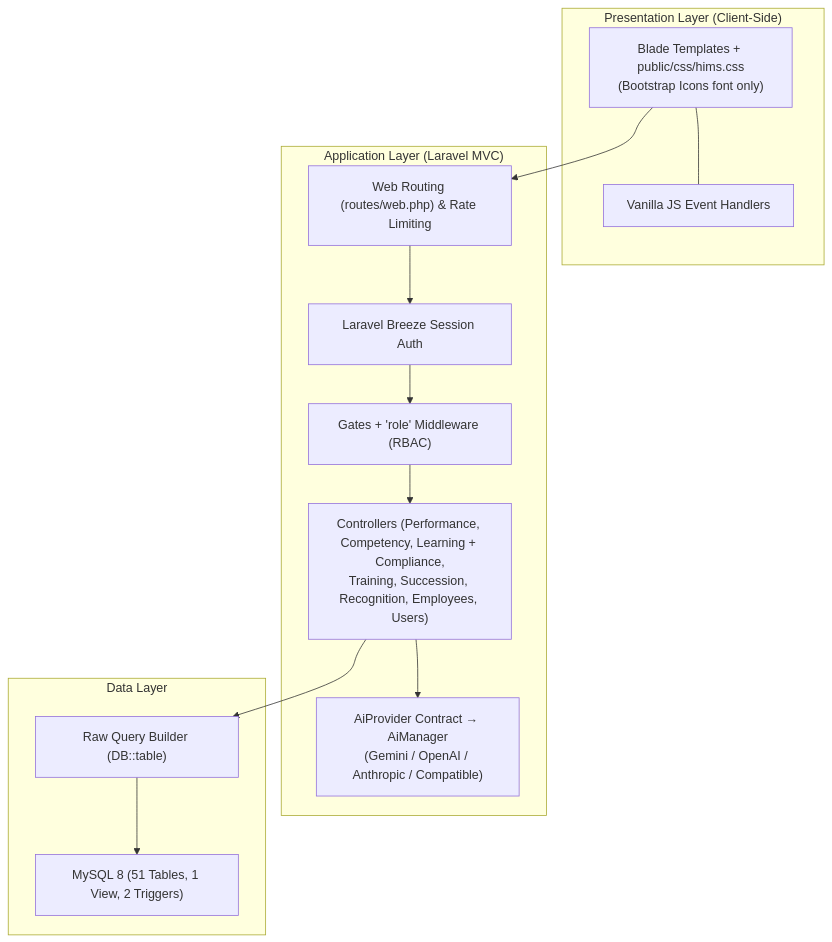
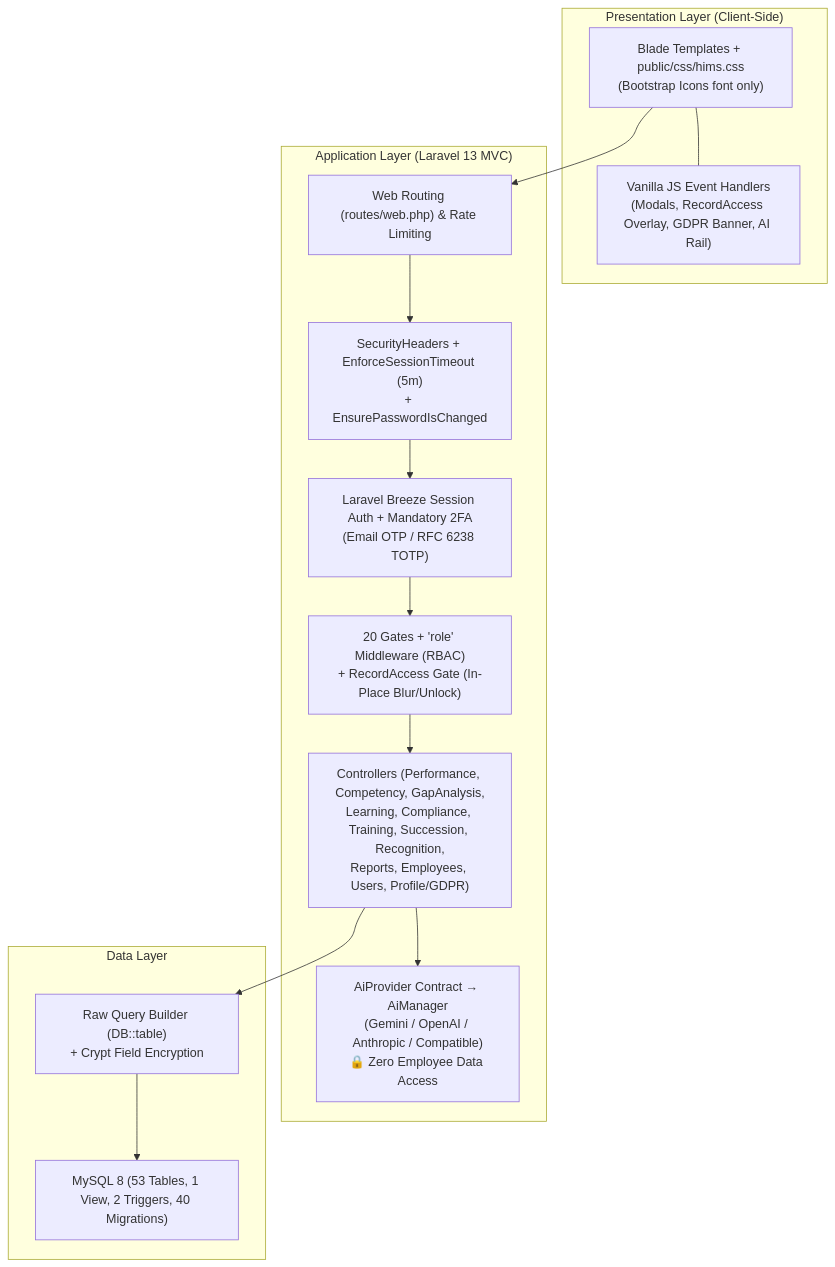
One commit to shikabane277/HIMS-v2 changed the first of 3 diagrams in HIMS_ARCHITECTURE_AND_SECURITY.md. Above: the diagram before and after it, drawn with Mermaid. The commit also changed other lines of this file and 5 other files, not shown here.

Commit message:
docs: synchronize architecture diagrams, ER diagram, security flows, and documentation for v2.6.0

````diff
--- a/HIMS_ARCHITECTURE_AND_SECURITY.md
+++ b/HIMS_ARCHITECTURE_AND_SECURITY.md
@@ -28,20 +28,21 @@
 ```mermaid
 graph TD
     subgraph "Presentation Layer (Client-Side)"
-        A["Blade Templates + public/css/hims.css<br/>(Bootstrap Icons font only)"] --- B["Vanilla JS Event Handlers"]
+        A["Blade Templates + public/css/hims.css<br/>(Bootstrap Icons font only)"] --- B["Vanilla JS Event Handlers<br/>(Modals, RecordAccess Overlay, GDPR Banner, AI Rail)"]
     end
 
-    subgraph "Application Layer (Laravel MVC)"
-        C["Web Routing (routes/web.php) & Rate Limiting"] --> D["Laravel Breeze Session Auth"]
-        D --> RB["Gates + 'role' Middleware (RBAC)"]
-        RB --> E["Controllers (Performance, Competency, Learning + Compliance,<br/>Training, Succession, Recognition, Employees, Users)"]
-        E --> F["AiProvider Contract → AiManager<br/>(Gemini / OpenAI / Anthropic / Compatible)"]
+    subgraph "Application Layer (Laravel 13 MVC)"
+        C["Web Routing (routes/web.php) & Rate Limiting"] --> SH["SecurityHeaders + EnforceSessionTimeout (5m)<br/>+ EnsurePasswordIsChanged"]
+        SH --> D["Laravel Breeze Session Auth + Mandatory 2FA<br/>(Email OTP / RFC 6238 TOTP)"]
+        D --> RB["20 Gates + 'role' Middleware (RBAC)<br/>+ RecordAccess Gate (In-Place Blur/Unlock)"]
+        RB --> E["Controllers (Performance, Competency, GapAnalysis,<br/>Learning, Compliance, Training, Succession, Recognition,<br/>Reports, Employees, Users, Profile/GDPR)"]
+        E --> F["AiProvider Contract → AiManager<br/>(Gemini / OpenAI / Anthropic / Compatible)<br/>🔒 Zero Employee Data Access"]
     end
 
     subgraph "Data Layer"
-        E --> H["Raw Query Builder (DB::table)"]
-        H --> I["MySQL 8 (51 Tables, 1 View, 2 Triggers)"]
+        E --> H["Raw Query Builder (DB::table)<br/>+ Crypt Field Encryption"]
+        H --> I["MySQL 8 (53 Tables, 1 View, 2 Triggers, 40 Migrations)"]
     end
 
     A --> C
 ```
````
